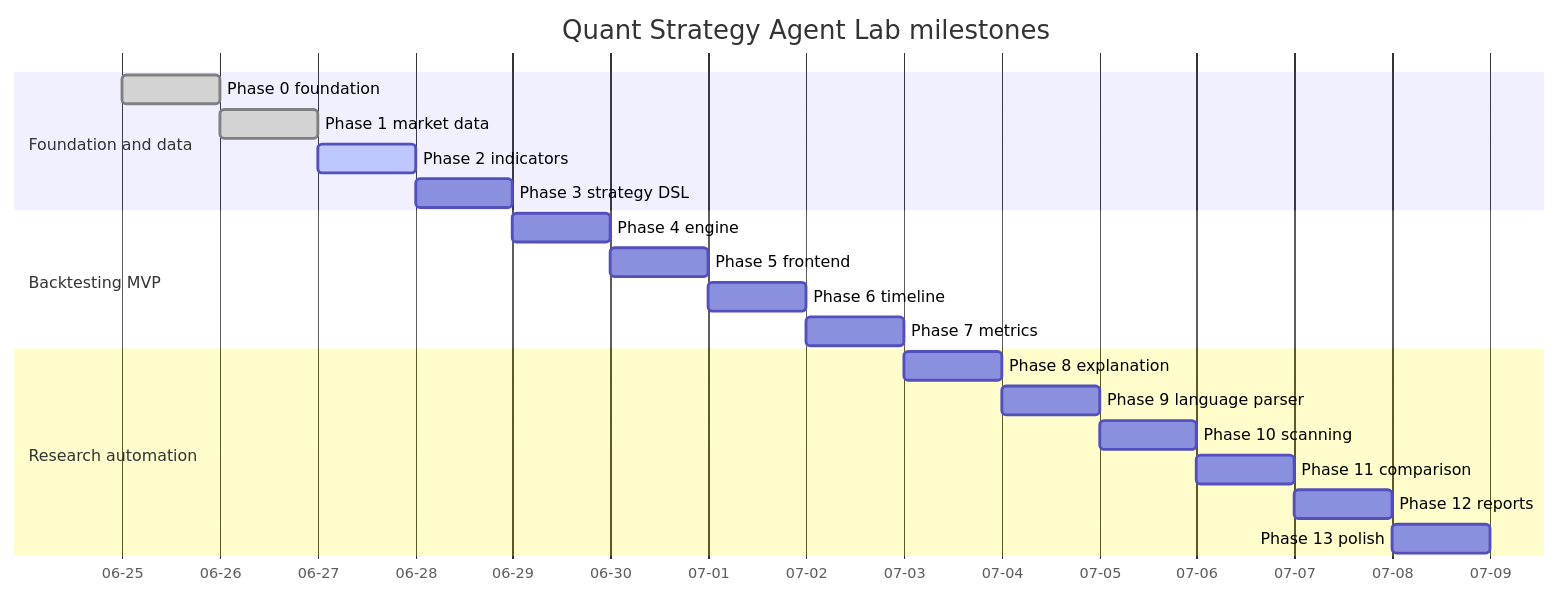
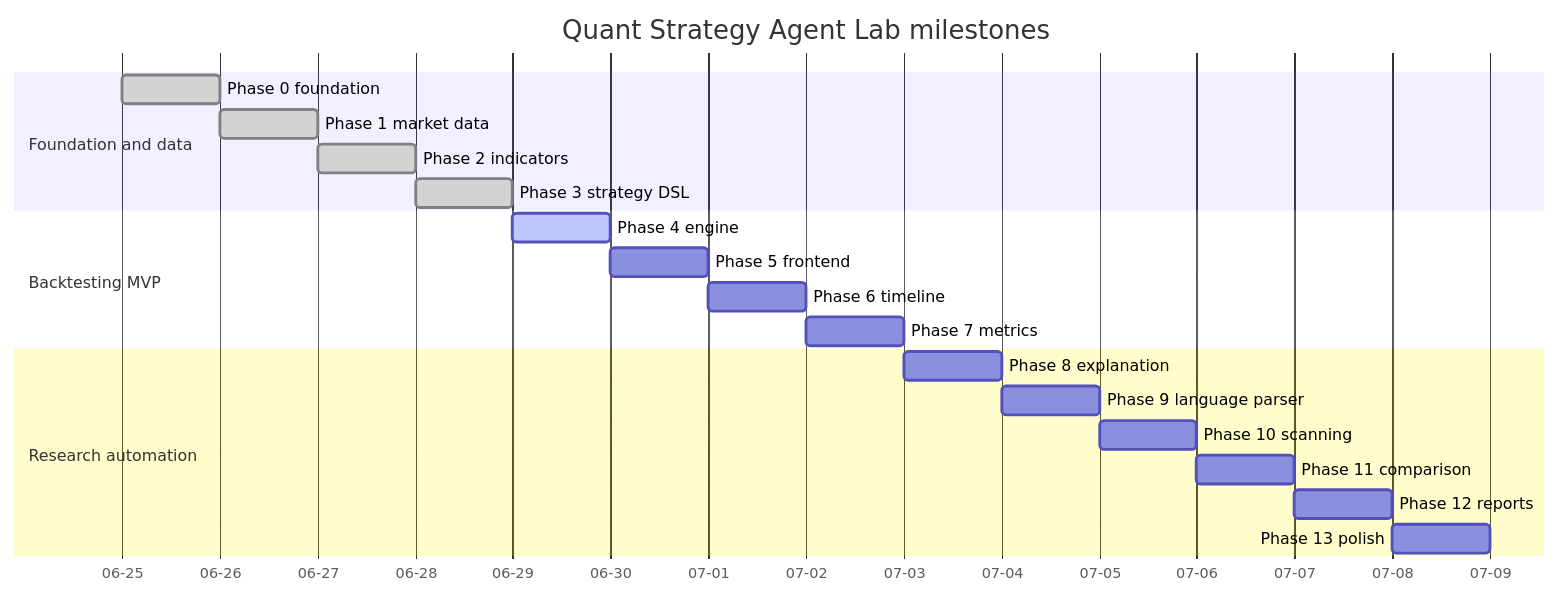
The diagram in docs/ROADMAP.md (Justin21523/quant-strategy-agent-lab), drawn with Mermaid before and after one commit. The commit also changed other lines of this file and 70 other files, not shown here.

Commit message:
feat: implement strategy template system and JSON DSL builder

````diff
--- a/docs/ROADMAP.md
+++ b/docs/ROADMAP.md
@@ -88,26 +94,26 @@
 ```mermaid
 gantt
     title Quant Strategy Agent Lab milestones
     dateFormat  YYYY-MM-DD
     axisFormat  %m-%d
 
     section Foundation and data
     Phase 0 foundation             :done, p0, 2026-06-25, 1d
     Phase 1 market data            :done, p1, after p0, 1d
-    Phase 2 indicators             :active, p2, after p1, 1d
-    Phase 3 strategy DSL           :p3, after p2, 1d
+    Phase 2 indicators             :done, p2, after p1, 1d
+    Phase 3 strategy DSL           :done, p3, after p2, 1d
 
     section Backtesting MVP
-    Phase 4 engine                 :p4, after p3, 1d
+    Phase 4 engine                 :active, p4, after p3, 1d
     Phase 5 frontend               :p5, after p4, 1d
     Phase 6 timeline               :p6, after p5, 1d
     Phase 7 metrics                :p7, after p6, 1d
 
     section Research automation
     Phase 8 explanation            :p8, after p7, 1d
     Phase 9 language parser        :p9, after p8, 1d
     Phase 10 scanning              :p10, after p9, 1d
     Phase 11 comparison            :p11, after p10, 1d
     Phase 12 reports               :p12, after p11, 1d
     Phase 13 polish                :p13, after p12, 1d
 ```
````
